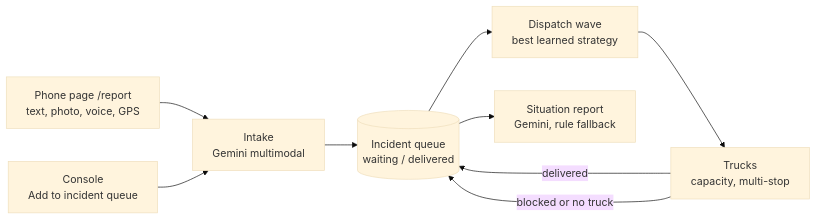
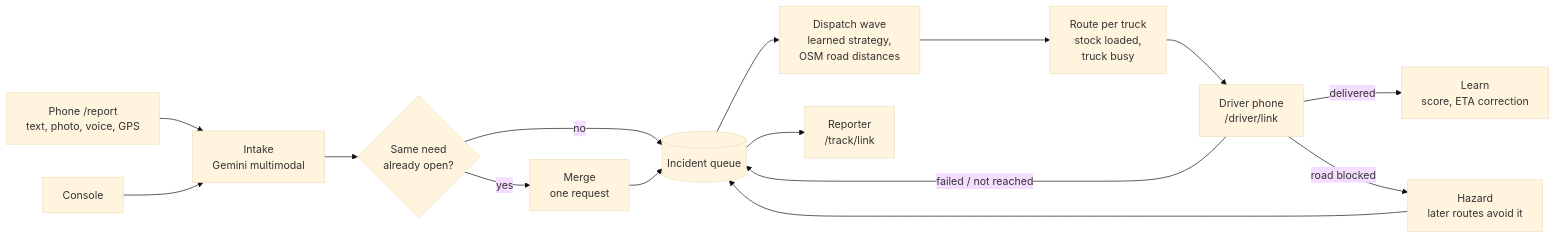
Before and after one commit to Pranav-0710/reliefroute: the second of 3 diagrams in README.md, drawn with Mermaid (base theme). The commit also changed other lines of this file and 15 other files, not shown here.

Commit message:
Real dispatch loop: road routes on OpenStreetMap, driver pages, field feedback learning, editable depots and fleet, request tracking, duplicate merging, coordinator sign-in

````diff
--- a/README.md
+++ b/README.md
@@ -100,11 +114,17 @@
 ```mermaid
 flowchart LR
-    P["Phone page /report<br/>text, photo, voice, GPS"] --> I["Intake<br/>Gemini multimodal"]
-    C["Console<br/>Add to incident queue"] --> I
-    I --> Q[("Incident queue<br/>waiting / delivered")]
-    Q --> W["Dispatch wave<br/>best learned strategy"]
-    W --> T["Trucks<br/>capacity, multi-stop"]
-    T -->|"delivered"| Q
-    T -->|"blocked or no truck"| Q
-    Q --> S["Situation report<br/>Gemini, rule fallback"]
+    P["Phone /report<br/>text, photo, voice, GPS"] --> I["Intake<br/>Gemini multimodal"]
+    C["Console"] --> I
+    I --> D{"Same need<br/>already open?"}
+    D -->|yes| M["Merge<br/>one request"]
+    D -->|no| Q[("Incident queue")]
+    M --> Q
+    Q --> W["Dispatch wave<br/>learned strategy,<br/>OSM road distances"]
+    W --> R["Route per truck<br/>stock loaded,<br/>truck busy"]
+    R --> DR["Driver phone<br/>/driver/link"]
+    DR -->|delivered| L["Learn<br/>score, ETA correction"]
+    DR -->|"failed / not reached"| Q
+    DR -->|road blocked| H["Hazard<br/>later routes avoid it"]
+    H --> Q
+    Q --> T["Reporter<br/>/track/link"]
 ```
````
